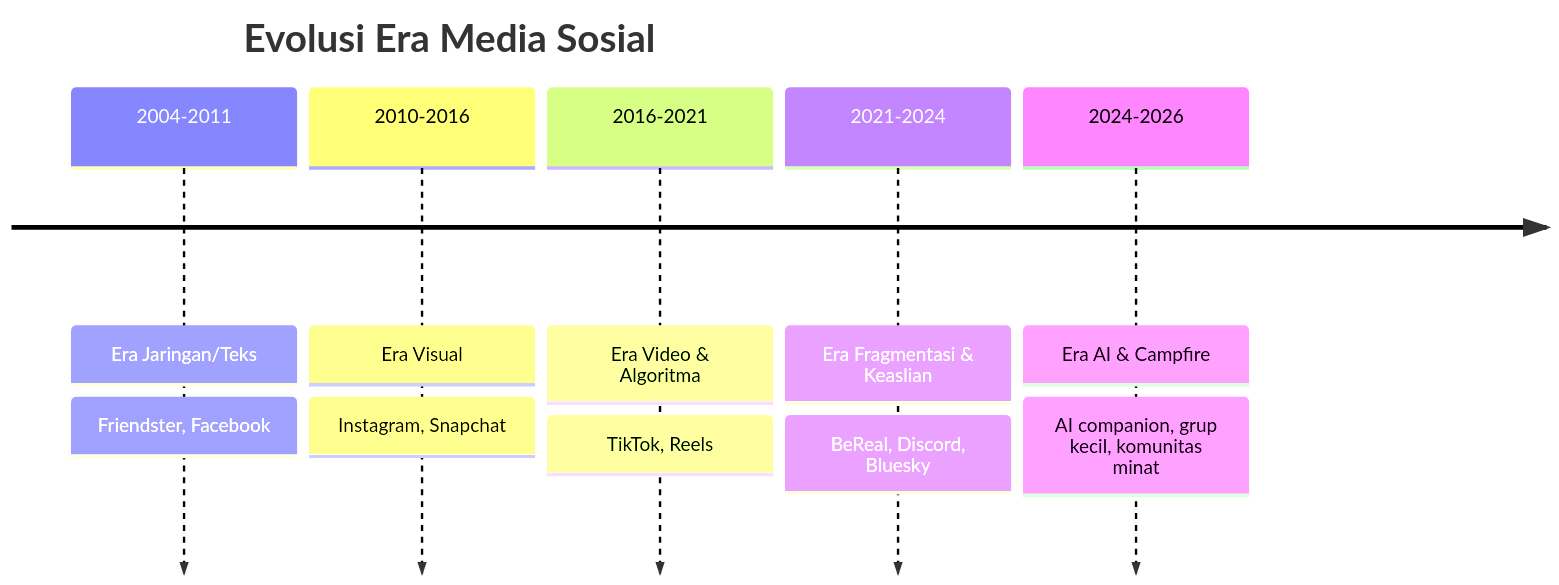
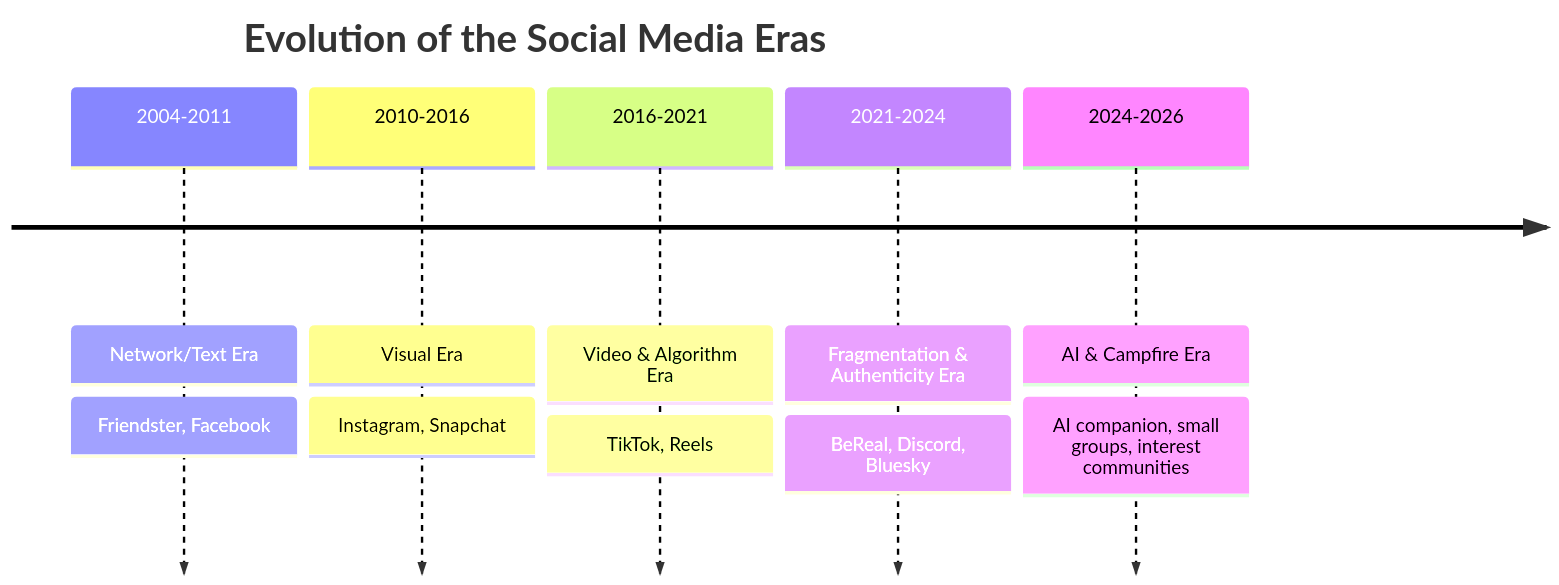
One commit to itsmhp/SocialMedia changed the diagram in research/01-lanskap-dan-data.md. Above: the diagram before and after it, drawn with Mermaid. The commit also changed other lines of this file and 23 other files, not shown here.

````diff
--- a/research/01-lanskap-dan-data.md
+++ b/research/01-lanskap-dan-data.md
@@ -39,9 +39,9 @@
 ```mermaid
 timeline
-    title Evolusi Era Media Sosial
-    2004-2011 : Era Jaringan/Teks : Friendster, Facebook
-    2010-2016 : Era Visual : Instagram, Snapchat
-    2016-2021 : Era Video & Algoritma : TikTok, Reels
-    2021-2024 : Era Fragmentasi & Keaslian : BeReal, Discord, Bluesky
-    2024-2026 : Era AI & Campfire : AI companion, grup kecil, komunitas minat
+    title Evolution of the Social Media Eras
+    2004-2011 : Network/Text Era : Friendster, Facebook
+    2010-2016 : Visual Era : Instagram, Snapchat
+    2016-2021 : Video & Algorithm Era : TikTok, Reels
+    2021-2024 : Fragmentation & Authenticity Era : BeReal, Discord, Bluesky
+    2024-2026 : AI & Campfire Era : AI companion, small groups, interest communities
 ```
````
